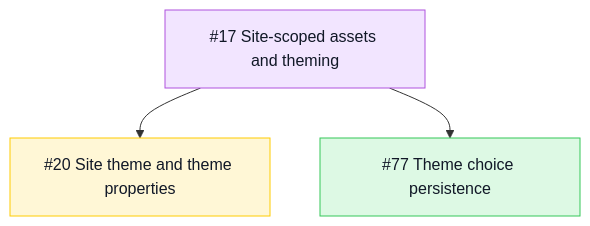
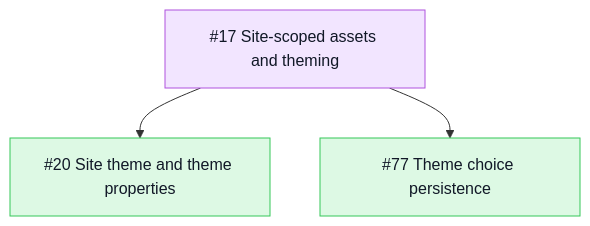
One commit to TileDown/tile-down changed the fourth of 9 diagrams in README.md. Above: the diagram before and after it, drawn with Mermaid. The commit also changed other lines of this file and 11 other files, not shown here.

First line of the commit message:
feat(site): add theme property overrides

````diff
--- a/README.md
+++ b/README.md
@@ -107,11 +107,11 @@
 ```mermaid
 flowchart TD
   Epic["#17 Site-scoped assets and theming"]:::epic
-  Epic --> Theme["#20 Site theme and theme properties"]:::review
+  Epic --> Theme["#20 Site theme and theme properties"]:::done
   Epic --> Persistence["#77 Theme choice persistence"]:::done
 
   classDef done fill:#ddf9e4,stroke:#34c759,color:#111827
   classDef review fill:#fff7d6,stroke:#ffcc00,color:#111827
   classDef epic fill:#f2e5ff,stroke:#af52de,color:#111827
   classDef todo fill:#f2f2f7,stroke:#8e8e93,color:#111827
 ```
````
